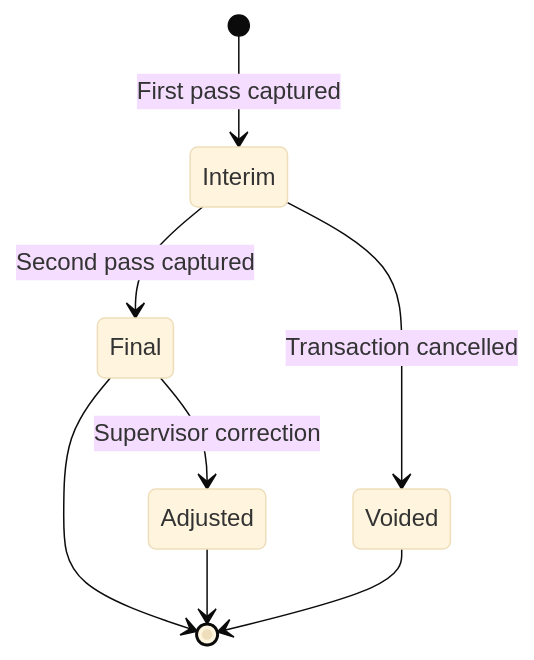
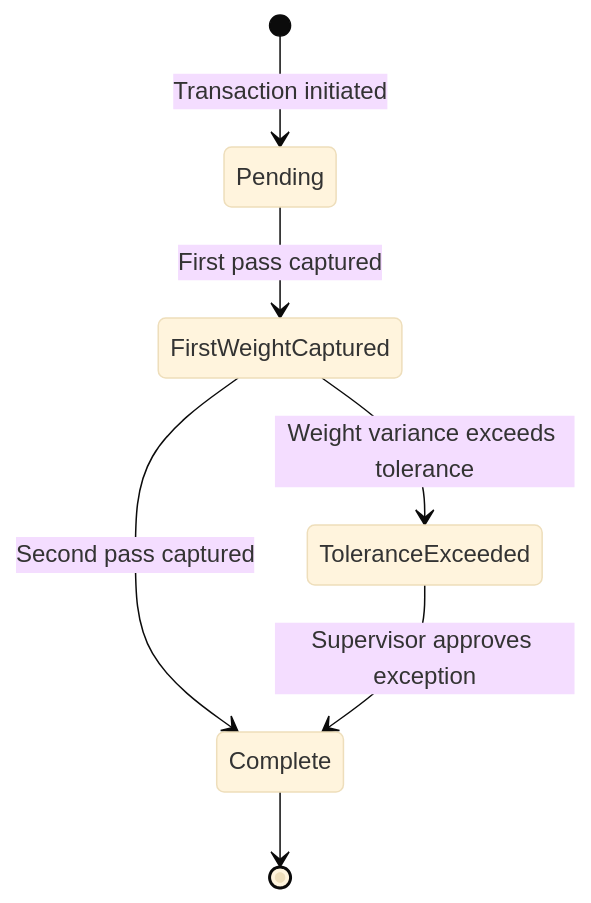
One commit to Bengo-Hub/truload-docs changed the diagram in docs/commercial/weight-tickets.md. Above: the diagram before and after it, drawn with Mermaid (base theme). The commit also changed other lines of this file and 4 other files, not shown here.

````diff
--- a/docs/commercial/weight-tickets.md
+++ b/docs/commercial/weight-tickets.md
@@ -88,10 +143,9 @@
 ```mermaid
 stateDiagram-v2
-    [*] --> Interim: First pass captured
-    Interim --> Final: Second pass captured
-    Interim --> Voided: Transaction cancelled
-    Final --> Adjusted: Supervisor correction
-    Final --> [*]
-    Adjusted --> [*]
-    Voided --> [*]
+    [*] --> Pending: Transaction initiated
+    Pending --> FirstWeightCaptured: First pass captured
+    FirstWeightCaptured --> Complete: Second pass captured
+    FirstWeightCaptured --> ToleranceExceeded: Weight variance exceeds tolerance
+    ToleranceExceeded --> Complete: Supervisor approves exception
+    Complete --> [*]
 ```
````
